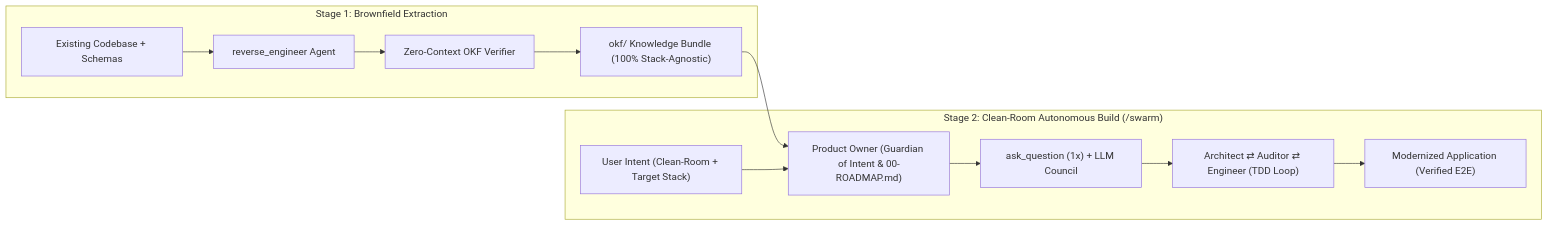
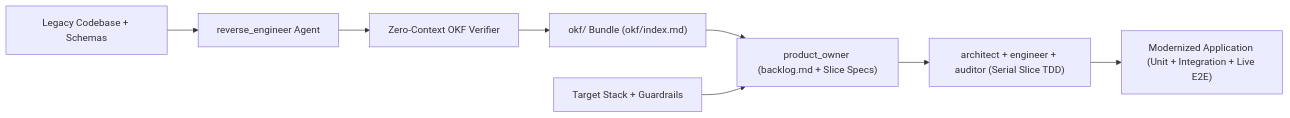
One commit to jjdelorme/plan-commands changed the second of 2 diagrams in README.md. Above: the diagram before and after it, drawn with Mermaid. The commit also changed other lines of this file and 9 other files, not shown here.

Commit message:
refactor(asdlc): rename swarm to asdlc, simplify agents, and standardize Goal -> Backlog -> Slice -> Task (v4.4.0)

````diff
--- a/README.md
+++ b/README.md
@@ -164,16 +137,10 @@
 ```mermaid
-flowchart LR
-    subgraph "Stage 1: Brownfield Extraction"
-        Legacy["Existing Codebase + Schemas"] --> RE["reverse_engineer Agent"]
-        RE --> Verifier["Zero-Context OKF Verifier"]
-        Verifier --> OKF["okf/ Knowledge Bundle (100% Stack-Agnostic)"]
-    end
-
-    subgraph "Stage 2: Clean-Room Autonomous Build (/swarm)"
-        OKF --> PO["Product Owner (Guardian of Intent & 00-ROADMAP.md)"]
-        Intent["User Intent (Clean-Room + Target Stack)"] --> PO
-        PO --> Council["ask_question (1x) + LLM Council"]
-        Council --> SwarmLoop["Architect ⇄ Auditor ⇄ Engineer (TDD Loop)"]
-        SwarmLoop --> ModernApp["Modernized Application (Verified E2E)"]
-    end
+graph LR
+    Legacy["Legacy Codebase + Schemas"] --> RE["reverse_engineer Agent"]
+    RE --> Verifier["Zero-Context OKF Verifier"]
+    Verifier --> OKF["okf/ Bundle (okf/index.md)"]
+    OKF --> PO["product_owner (backlog.md + Slice Specs)"]
+    Intent["Target Stack + Guardrails"] --> PO
+    PO --> Loop["architect + engineer + auditor (Serial Slice TDD)"]
+    Loop --> ModernApp["Modernized Application (Unit + Integration + Live E2E)"]
 ```
````
